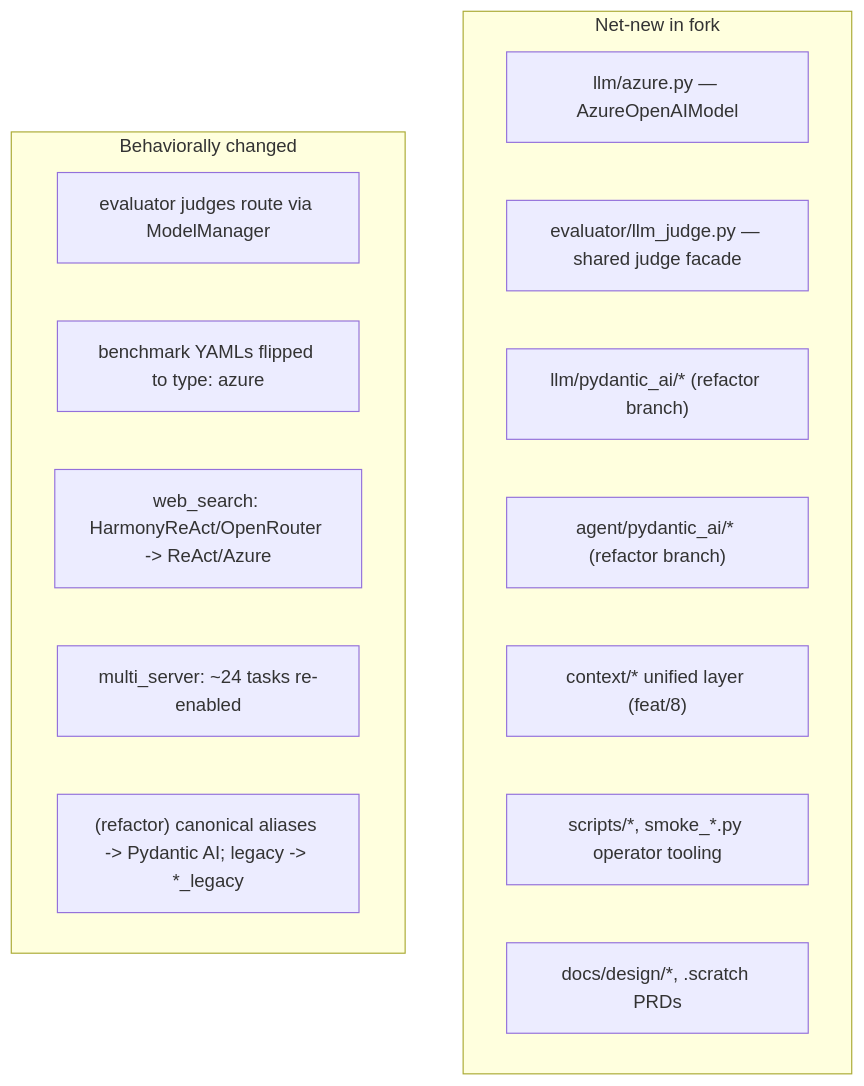
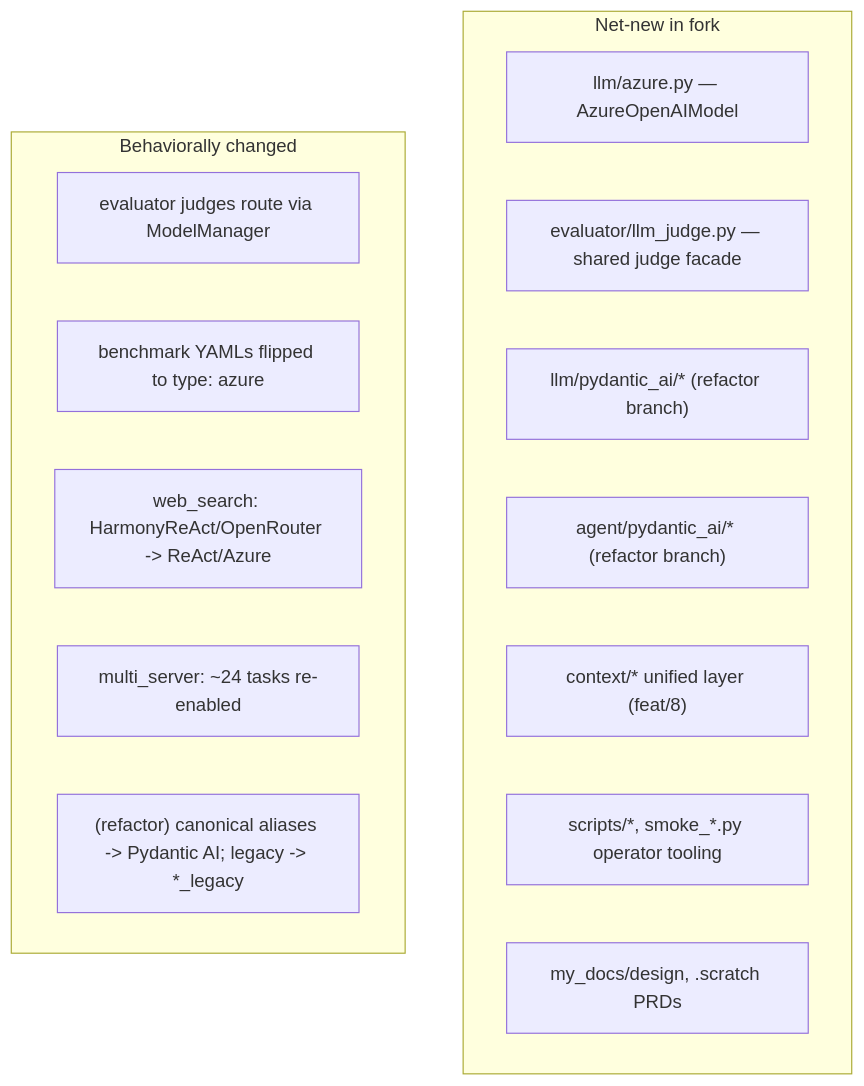
Before and after one commit to BartmossMurphy2077/MCP-Universe-KINIT: the fifth of 6 diagrams in my_docs/fork_evolution.md, drawn with Mermaid. The commit also changed other lines of this file and 8 other files, not shown here.

````diff
--- a/my_docs/fork_evolution.md
+++ b/my_docs/fork_evolution.md
@@ -111,19 +111,19 @@
 ```mermaid
 graph TD
     subgraph New["Net-new in fork"]
         N1["llm/azure.py — AzureOpenAIModel"]
         N2["evaluator/llm_judge.py — shared judge facade"]
         N3["llm/pydantic_ai/* (refactor branch)"]
         N4["agent/pydantic_ai/* (refactor branch)"]
         N5["context/* unified layer (feat/8)"]
         N6["scripts/*, smoke_*.py operator tooling"]
-        N7["docs/design/*, .scratch PRDs"]
+        N7["my_docs/design, .scratch PRDs"]
     end
     subgraph Changed["Behaviorally changed"]
         C1["evaluator judges route via ModelManager"]
         C2["benchmark YAMLs flipped to type: azure"]
         C3["web_search: HarmonyReAct/OpenRouter -> ReAct/Azure"]
         C4["multi_server: ~24 tasks re-enabled"]
         C5["(refactor) canonical aliases -> Pydantic AI; legacy -> *_legacy"]
     end
 ```
````
